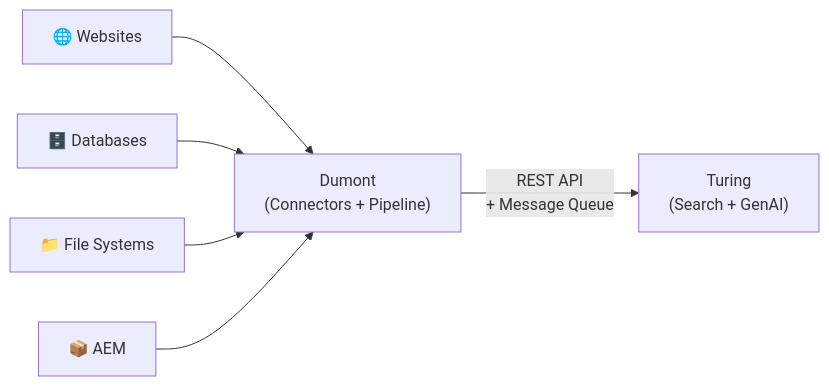
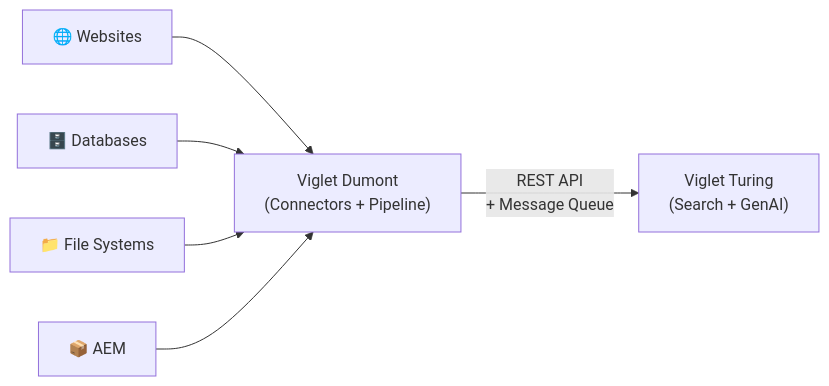
The diagram in dumont-site/docs/src/content/docs/getting-started/intro.md (openviglet/dumont), drawn with Mermaid before and after one commit. The commit also changed other lines of this file and 45 other files, not shown here.

First line of the commit message:
feat(site): name Viglet Turing, Viglet Dumont and Viglet Shio in full across the public site (D350)

````diff
--- a/dumont-site/docs/src/content/docs/getting-started/intro.md
+++ b/dumont-site/docs/src/content/docs/getting-started/intro.md
@@ -42,18 +42,18 @@
 ```mermaid
 graph LR
     WEB["🌐 Websites"]
     DB["🗄️ Databases"]
     FS["📁 File Systems"]
     AEM["📦 AEM"]
 
-    DUM["Dumont\n(Connectors + Pipeline)"]
+    DUM["Viglet Dumont\n(Connectors + Pipeline)"]
 
-    TUR["Turing\n(Search + GenAI)"]
+    TUR["Viglet Turing\n(Search + GenAI)"]
 
     WEB --> DUM
     DB --> DUM
     FS --> DUM
     AEM --> DUM
 
     DUM -->|"REST API\n+ Message Queue"| TUR
 ```
````
